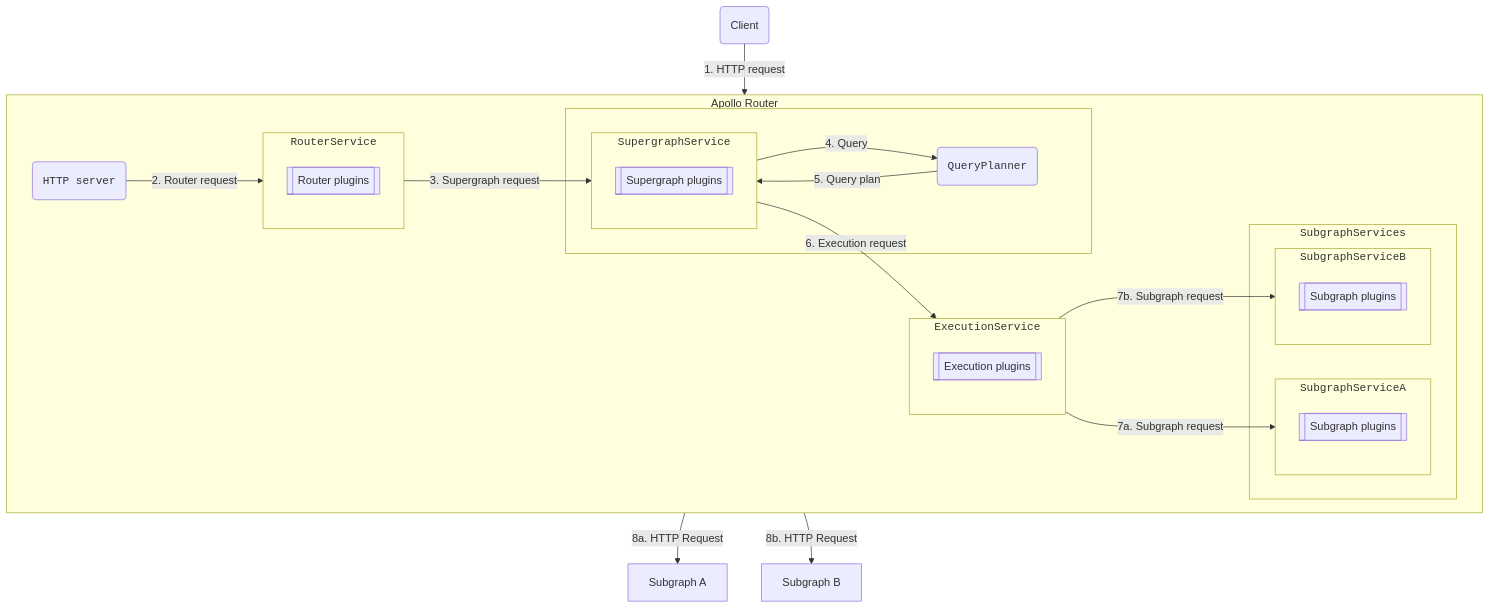
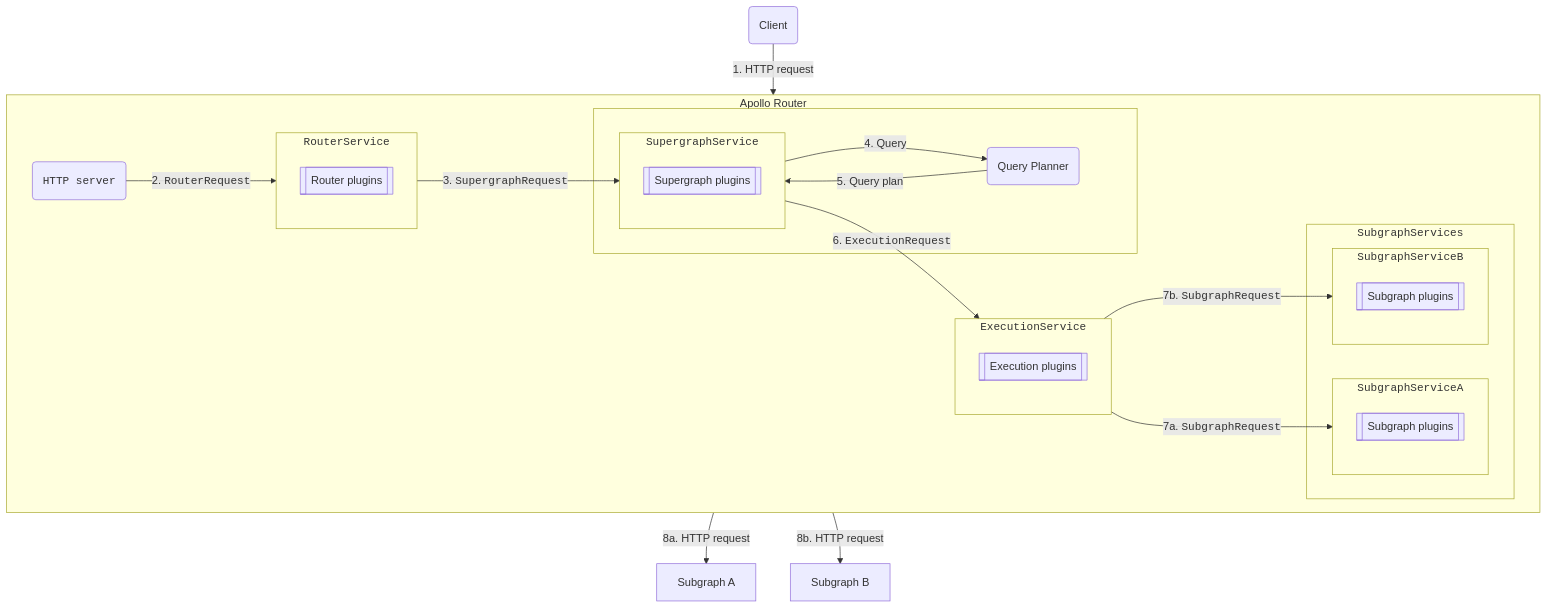
One commit to apollographql/router changed the fourth of 5 diagrams in docs/source/customizations/overview.mdx. Above: the diagram before and after it, drawn with Mermaid. The commit also changed other lines of this file, not shown here.

Commit message:
Standardize terms between request and response path

````diff
--- a/docs/source/customizations/overview.mdx
+++ b/docs/source/customizations/overview.mdx
@@ -94,46 +94,46 @@
 ```mermaid
 flowchart TB;
     client(Client);
     subgraph router["Apollo Router"]
         direction LR
         httpServer("<code>HTTP server</code>")
         subgraph routerService["<code>RouterService</code><br/>"]
             routerPlugins[[Router plugins]];
         end
         subgraph " "
             subgraph supergraphService["<code>SupergraphService</code>"]
                 supergraphPlugins[[Supergraph plugins]];
             end
-            queryPlanner("<code>QueryPlanner</code>");
+            queryPlanner("Query Planner");
         end
         
         
         subgraph executionService["<code>ExecutionService</code>"]
             executionPlugins[[Execution plugins]];
         end
 
         subgraph subgraphService["<code>SubgraphServices</code>"]
             subgraph service1["<code>SubgraphServiceA</code>"]
             subgraphPlugins1[[Subgraph plugins]];
             end
             subgraph service2["<code>SubgraphServiceB</code>"]
             subgraphPlugins2[[Subgraph plugins]];
             end            
         end
     end;
 subgraphA[Subgraph A];
 subgraphB[Subgraph B];
 
 client --"1. HTTP request"--> httpServer;
-httpServer --"2. Router request"--> routerService;
-routerService --"3. Supergraph request"--> supergraphService
+httpServer --"2. <code>RouterRequest</code>"--> routerService;
+routerService --"3. <code>SupergraphRequest</code>"--> supergraphService
 supergraphService --"4. Query"--> queryPlanner;
 queryPlanner --"5. Query plan"--> supergraphService;
-supergraphService --"6. Execution request"--> executionService;
+supergraphService --"6. <code>ExecutionRequest</code>"--> executionService;
 
-executionService --"7a. Subgraph request"--> service1;
-executionService --"7b. Subgraph request"--> service2;
+executionService --"7a. <code>SubgraphRequest</code>"--> service1;
+executionService --"7b. <code>SubgraphRequest</code>"--> service2;
 
-service1 --"8a. HTTP Request"--> subgraphA;
-service2 --"8b. HTTP Request"--> subgraphB;
+service1 --"8a. HTTP request"--> subgraphA;
+service2 --"8b. HTTP request"--> subgraphB;
 ```
````
